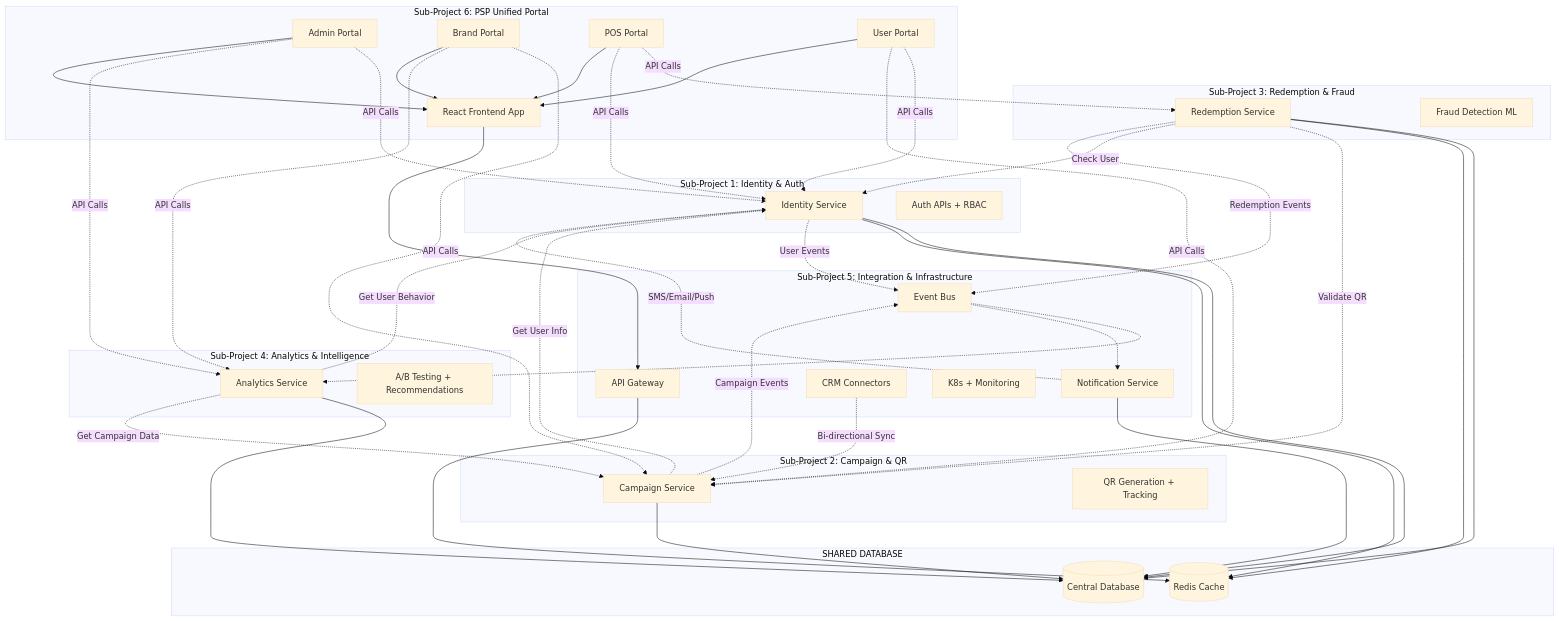
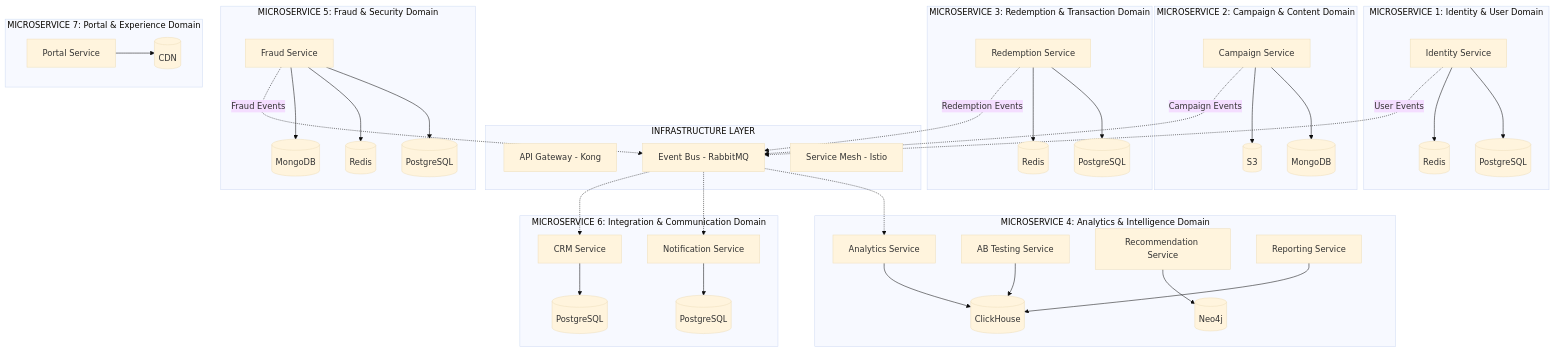
Before and after one commit to thanhhaunv/PRODUCT-SAMPLING: the diagram in codes/README.md, drawn with Mermaid (base theme). The commit also changed other lines of this file, not shown here.

````diff
--- a/codes/README.md
+++ b/codes/README.md
@@ -3,90 +25,54 @@
 ```mermaid
 graph TB
-    subgraph "SHARED DATABASE"
-        DB[(Central Database)]
-        Redis[(Redis Cache)]
+    subgraph "INFRASTRUCTURE LAYER"
+        Gateway[API Gateway - Kong]
+        EventBus[Event Bus - RabbitMQ]
+        ServiceMesh[Service Mesh - Istio]
     end
     
-    subgraph "Sub-Project 1: Identity & Auth"
-        P1[Identity Service]
-        P1API[Auth APIs + RBAC]
+    subgraph "MICROSERVICE 1: Identity & User Domain"
+        IS[Identity Service] --> IDB[(PostgreSQL)]
+        IS --> ICache[(Redis)]
     end
     
-    subgraph "Sub-Project 2: Campaign & QR"
-        P2[Campaign Service]
-        P2QR[QR Generation + Tracking]
+    subgraph "MICROSERVICE 2: Campaign & Content Domain"  
+        CS[Campaign Service] --> CDB[(MongoDB)]
+        CS --> CFileStore[(S3)]
     end
     
-    subgraph "Sub-Project 3: Redemption & Fraud"
-        P3[Redemption Service]
-        P3ML[Fraud Detection ML]
+    subgraph "MICROSERVICE 3: Redemption & Transaction Domain"
+        RS[Redemption Service] --> RDB[(PostgreSQL)]
+        RS --> RCache[(Redis)]
     end
     
-    subgraph "Sub-Project 4: Analytics & Intelligence"
-        P4[Analytics Service]
-        P4ML[A/B Testing + Recommendations]
+    subgraph "MICROSERVICE 4: Analytics & Intelligence Domain"
+        AS[Analytics Service] --> ADB[(ClickHouse)]
+        ABS[AB Testing Service] --> ADB
+        REC[Recommendation Service] --> RecDB[(Neo4j)]
+        REP[Reporting Service] --> ADB
     end
     
-    subgraph "Sub-Project 5: Integration & Infrastructure"
-        P5Gateway[API Gateway]
-        P5Event[Event Bus]
-        P5Notify[Notification Service]
-        P5CRM[CRM Connectors]
-        P5Infra[K8s + Monitoring]
+    subgraph "MICROSERVICE 5: Fraud & Security Domain"
+        FS[Fraud Service] --> FDB[(PostgreSQL)]
+        FS --> FCache[(Redis)]
+        FS --> MLDB[(MongoDB)]
     end
     
-    subgraph "Sub-Project 6: PSP Unified Portal"
-        P6Frontend[React Frontend App]
-        P6Admin[Admin Portal]
-        P6Brand[Brand Portal]
-        P6POS[POS Portal]
-        P6User[User Portal]
+    subgraph "MICROSERVICE 6: Integration & Communication Domain"
+        NS[Notification Service] --> NDB[(PostgreSQL)]
+        CRMS[CRM Service] --> CRMDB[(PostgreSQL)]
     end
     
-    %% Database Connections
-    P1 --> DB
-    P2 --> DB
-    P3 --> DB
-    P4 --> DB
-    P5Notify --> DB
-    
-    %% Cache Connections
-    P1 --> Redis
-    P3 --> Redis
-    P5Gateway --> Redis
-    
-    %% Service Dependencies
-    P2 -.->|"Get User Info"| P1
-    P3 -.->|"Validate QR"| P2
-    P3 -.->|"Check User"| P1
-    P4 -.->|"Get Campaign Data"| P2
-    P4 -.->|"Get User Behavior"| P1
+    subgraph "MICROSERVICE 7: Portal & Experience Domain"
+        PS[Portal Service] --> StaticFiles[(CDN)]
+    end
     
     %% Event-Driven Communication
-    P1 -.->|"User Events"| P5Event
-    P2 -.->|"Campaign Events"| P5Event
-    P3 -.->|"Redemption Events"| P5Event
-    P5Event -.-> P4
-    P5Event -.-> P5Notify
-    
-    %% Frontend to Backend Communication
-    P6Frontend --> P5Gateway
-    P6Admin -.->|"API Calls"| P1
-    P6Admin -.->|"API Calls"| P4
-    P6Brand -.->|"API Calls"| P2
-    P6Brand -.->|"API Calls"| P4
-    P6POS -.->|"API Calls"| P3
-    P6POS -.->|"API Calls"| P1
-    P6User -.->|"API Calls"| P1
-    P6User -.->|"API Calls"| P2
-    
-    %% External Integrations
-    P5CRM -.->|"Bi-directional Sync"| P2
-    P5Notify -.->|"SMS/Email/Push"| P1
-    
-    %% Portal Internal Structure
-    P6Admin --> P6Frontend
-    P6Brand --> P6Frontend
-    P6POS --> P6Frontend
-    P6User --> P6Frontend
+    IS -.->|"User Events"| EventBus
+    CS -.->|"Campaign Events"| EventBus  
+    RS -.->|"Redemption Events"| EventBus
+    FS -.->|"Fraud Events"| EventBus
+    EventBus -.-> AS
+    EventBus -.-> NS
+    EventBus -.-> CRMS
 ```
````
